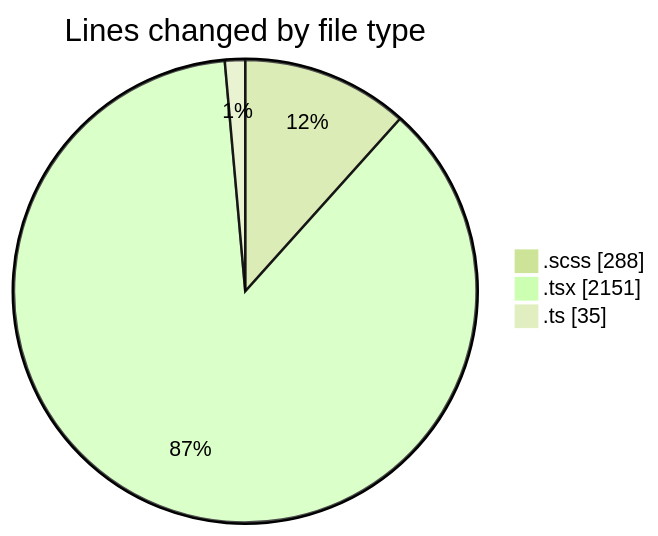
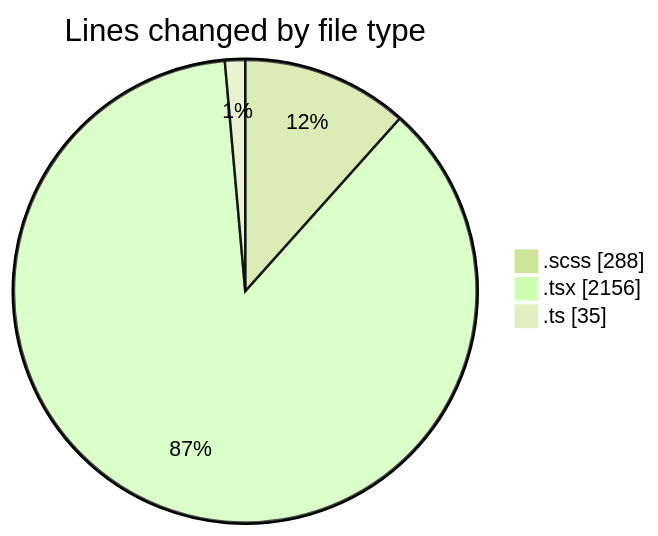
One commit to momahboobian/code-tracking changed the first of 2 diagrams in 2025-02-10/cda/README.md. Above: the diagram before and after it, drawn with Mermaid (forest theme). The commit also changed other lines of this file and 1 other file, not shown here.

````diff
--- a/2025-02-10/cda/README.md
+++ b/2025-02-10/cda/README.md
@@ -25,7 +25,7 @@
 ```mermaid
 pie showData
 title Lines changed by file type
 ".scss" : 288
-".tsx" : 2151
+".tsx" : 2156
 ".ts" : 35
 ```
````
